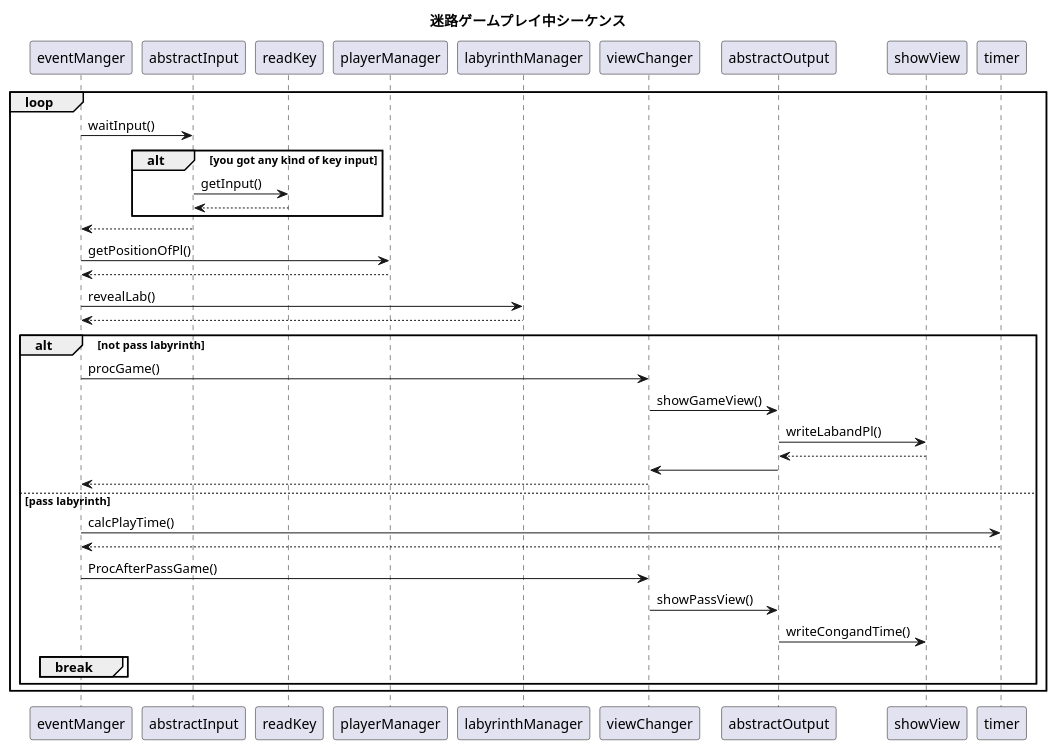
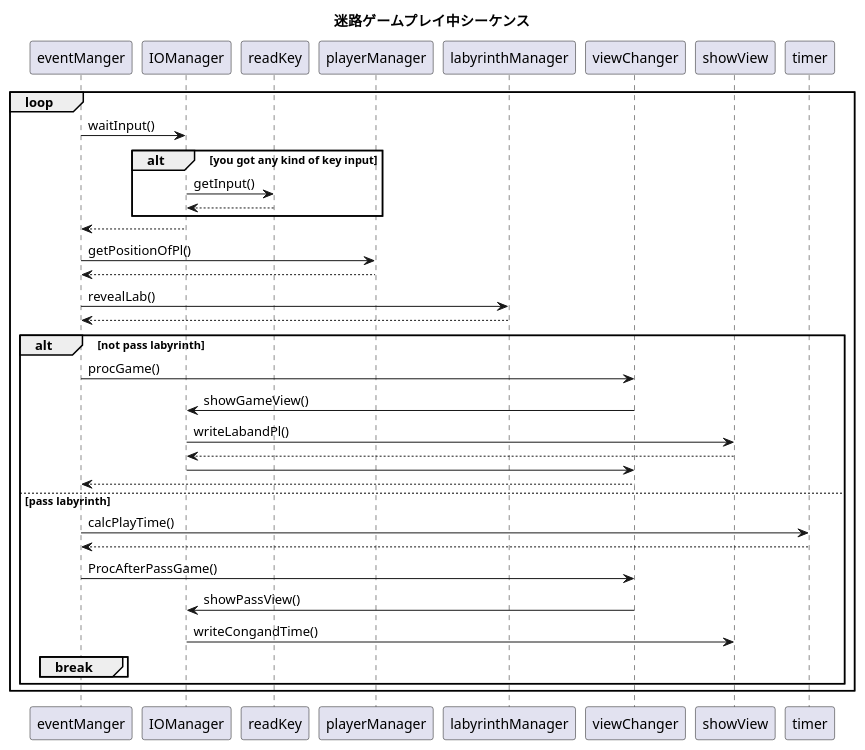
The diagram in S_playGame.pu (horiyoshihiro/LabyrinthGame), drawn with PlantUML before and after one commit. The commit also changed 14 other files, not shown here.

Commit message:
アクティビティ図の修正@コメダ

```diff
--- a/S_playGame.pu
+++ b/S_playGame.pu
@@ -1,37 +1,37 @@
 @startuml
 
 title 迷路ゲームプレイ中シーケンス
 
 loop
-    eventManger -> abstractInput : waitInput()
+    eventManger -> IOManager : waitInput()
     alt you got any kind of key input
-        abstractInput -> readKey : getInput()
-        readKey --> abstractInput
+        IOManager -> readKey : getInput()
+        readKey --> IOManager
     end
-    abstractInput --> eventManger
+    IOManager --> eventManger
 
     eventManger -> playerManager : getPositionOfPl()
     playerManager --> eventManger
 
     eventManger -> labyrinthManager : revealLab()
     labyrinthManager --> eventManger
 
     alt not pass labyrinth
         eventManger -> viewChanger : procGame()
-            viewChanger -> abstractOutput : showGameView()
-                abstractOutput -> showView : writeLabandPl()
-                showView --> abstractOutput
-            abstractOutput -> viewChanger
+            viewChanger -> IOManager : showGameView()
+                IOManager -> showView : writeLabandPl()
+                showView --> IOManager
+            IOManager -> viewChanger
         viewChanger --> eventManger
     else pass labyrinth
         eventManger -> timer : calcPlayTime()
         timer --> eventManger 
         eventManger -> viewChanger : ProcAfterPassGame()
-            viewChanger -> abstractOutput : showPassView()
-                abstractOutput -> showView : writeCongandTime()
+            viewChanger -> IOManager : showPassView()
+                IOManager -> showView : writeCongandTime()
         break
         end
     end
 end
 
 @enduml
```
